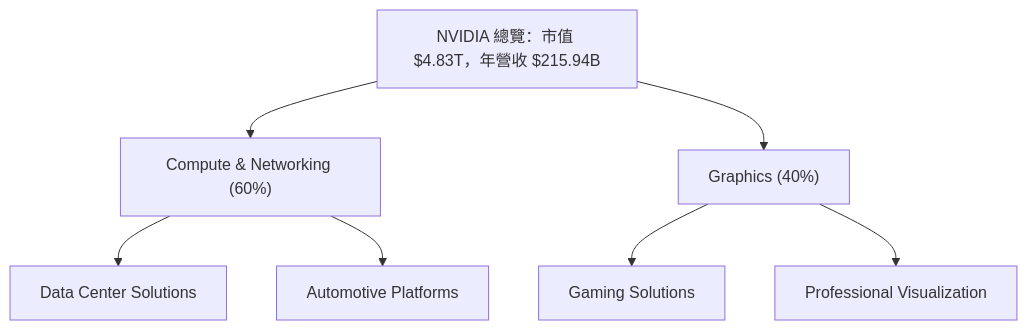
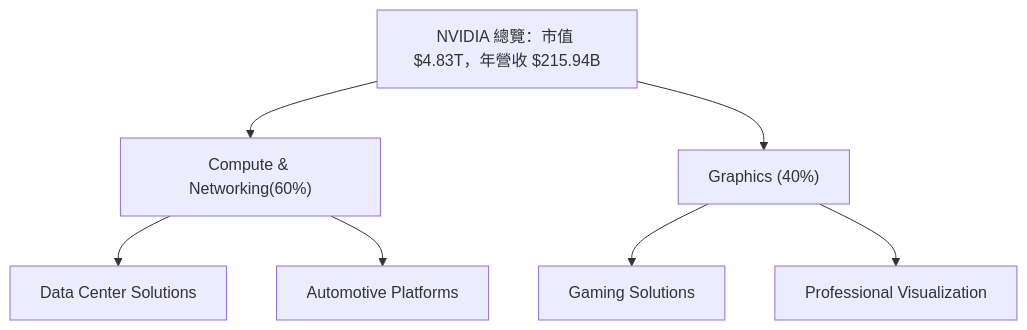
One commit to yennanliu/finance_data changed the second of 14 diagrams in ai_gen_report/stock/nvda/fundamental_analysis_2026-04-15_openai.md. Above: the diagram before and after it, drawn with Mermaid. The commit also changed 2258 other files, not shown here.

First line of the commit message:
chore: backfill Mermaid syntax repair across existing reports

````diff
--- a/ai_gen_report/stock/nvda/fundamental_analysis_2026-04-15_openai.md
+++ b/ai_gen_report/stock/nvda/fundamental_analysis_2026-04-15_openai.md
@@ -118,13 +118,13 @@
 ```mermaid
 graph TD
     NVDA_OVERVIEW["NVIDIA 總覽：市值 $4.83T，年營收 $215.94B"]
 
-    NVDA_OVERVIEW --> COMPUTE["Compute & Networking (60%)"]
+    NVDA_OVERVIEW --> COMPUTE["Compute & Networking(60%)"]
     NVDA_OVERVIEW --> GRAPHICS["Graphics (40%)"]
 
     COMPUTE --> DC["Data Center Solutions"]
     COMPUTE --> AUTO["Automotive Platforms"]
 
     GRAPHICS --> GAMING["Gaming Solutions"]
     GRAPHICS --> PRO["Professional Visualization"]
 ```
````
